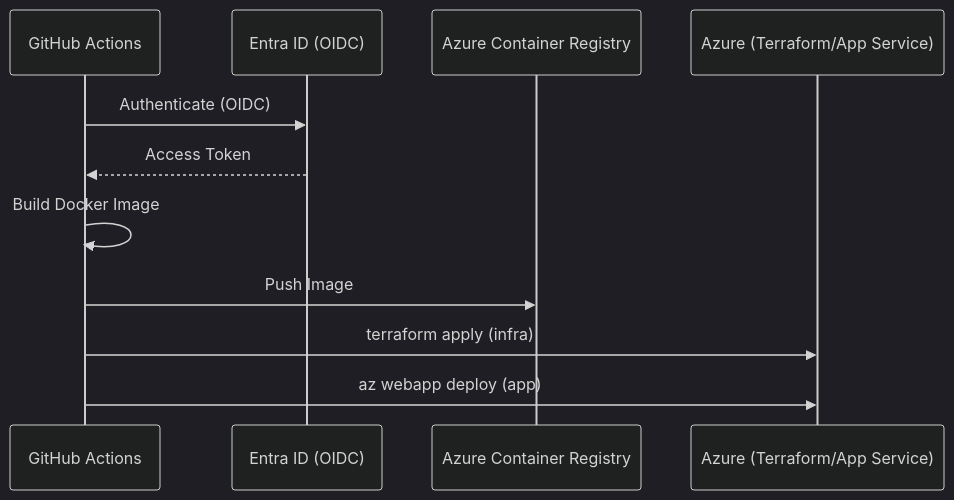
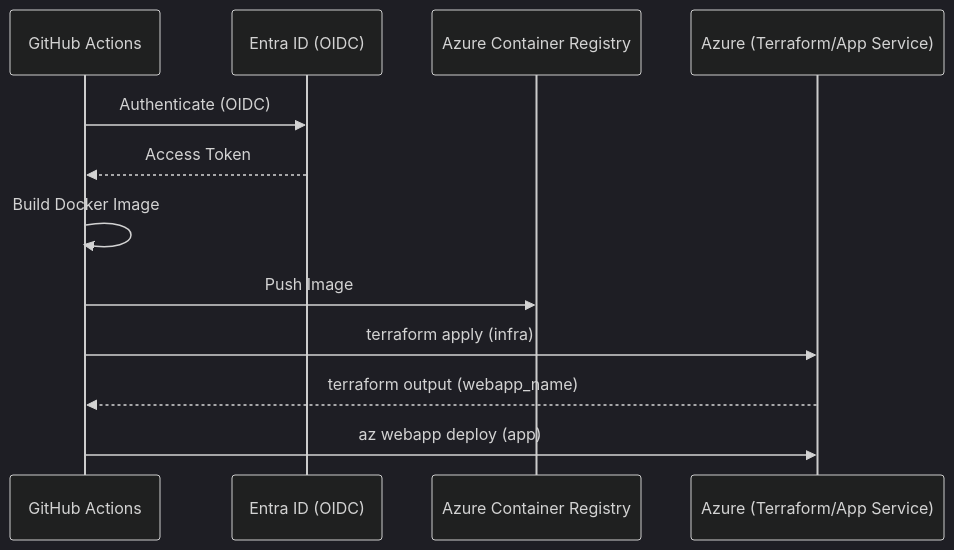
Before and after one commit to wildersa/azure_ref_kit: the diagram in building-blocks/hosting/webapp-agent-api/examples/github-actions/README.md, drawn with Mermaid (dark theme). The commit also changed other lines of this file and 1 other file, not shown here.

First line of the commit message:
Update GitHub Actions example to derive Web App name from Terraform

````diff
--- a/building-blocks/hosting/webapp-agent-api/examples/github-actions/README.md
+++ b/building-blocks/hosting/webapp-agent-api/examples/github-actions/README.md
@@ -12,14 +12,15 @@
 ```mermaid
 sequenceDiagram
     participant GH as GitHub Actions
     participant OIDC as Entra ID (OIDC)
     participant ACR as Azure Container Registry
     participant ARM as Azure (Terraform/App Service)
 
     GH->>OIDC: Authenticate (OIDC)
     OIDC-->>GH: Access Token
     GH->>GH: Build Docker Image
     GH->>ACR: Push Image
     GH->>ARM: terraform apply (infra)
+    ARM-->>GH: terraform output (webapp_name)
     GH->>ARM: az webapp deploy (app)
 ```
````
